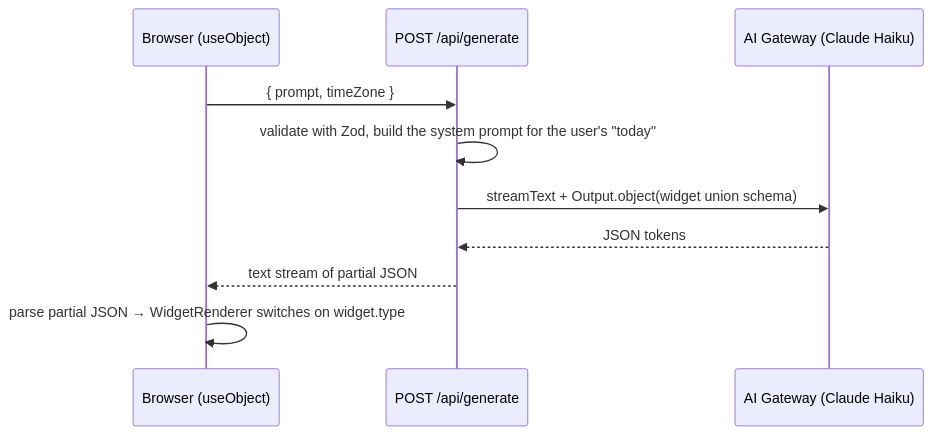
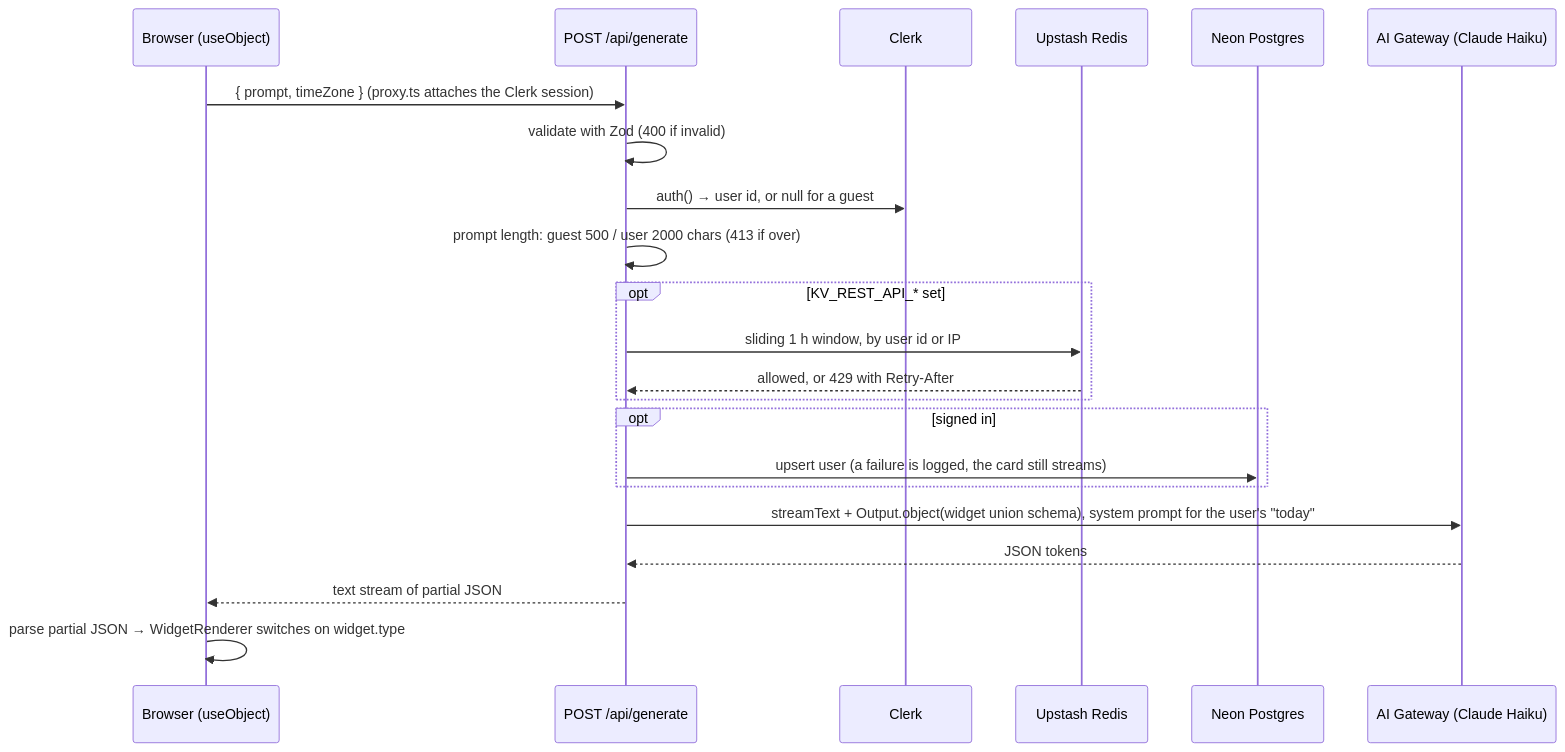
Before and after one commit to toksana/morph-flow: the diagram in README.md, drawn with Mermaid. The commit also changed other lines of this file, not shown here.

Commit message:
docs: show auth and rate limit in the request diagram
The sequence now follows the handler: Zod (400), Clerk auth(), the
guest/user prompt limit (413), the Upstash hourly window (429, skipped
when not configured), the user upsert for signed-in callers, then the
stream.

````diff
--- a/README.md
+++ b/README.md
@@ -24,13 +24,25 @@
 ```mermaid
 sequenceDiagram
   participant UI as Browser (useObject)
   participant API as POST /api/generate
+  participant Clerk
+  participant RL as Upstash Redis
+  participant DB as Neon Postgres
   participant LLM as AI Gateway (Claude Haiku)
 
-  UI->>API: { prompt, timeZone }
-  API->>API: validate with Zod, build the system prompt for the user's "today"
-  API->>LLM: streamText + Output.object(widget union schema)
+  UI->>API: { prompt, timeZone } (proxy.ts attaches the Clerk session)
+  API->>API: validate with Zod (400 if invalid)
+  API->>Clerk: auth() → user id, or null for a guest
+  API->>API: prompt length: guest 500 / user 2000 chars (413 if over)
+  opt KV_REST_API_* set
+    API->>RL: sliding 1 h window, by user id or IP
+    RL-->>API: allowed, or 429 with Retry-After
+  end
+  opt signed in
+    API->>DB: upsert user (a failure is logged, the card still streams)
+  end
+  API->>LLM: streamText + Output.object(widget union schema), system prompt for the user's "today"
   LLM-->>API: JSON tokens
   API-->>UI: text stream of partial JSON
   UI->>UI: parse partial JSON → WidgetRenderer switches on widget.type
 ```
````
